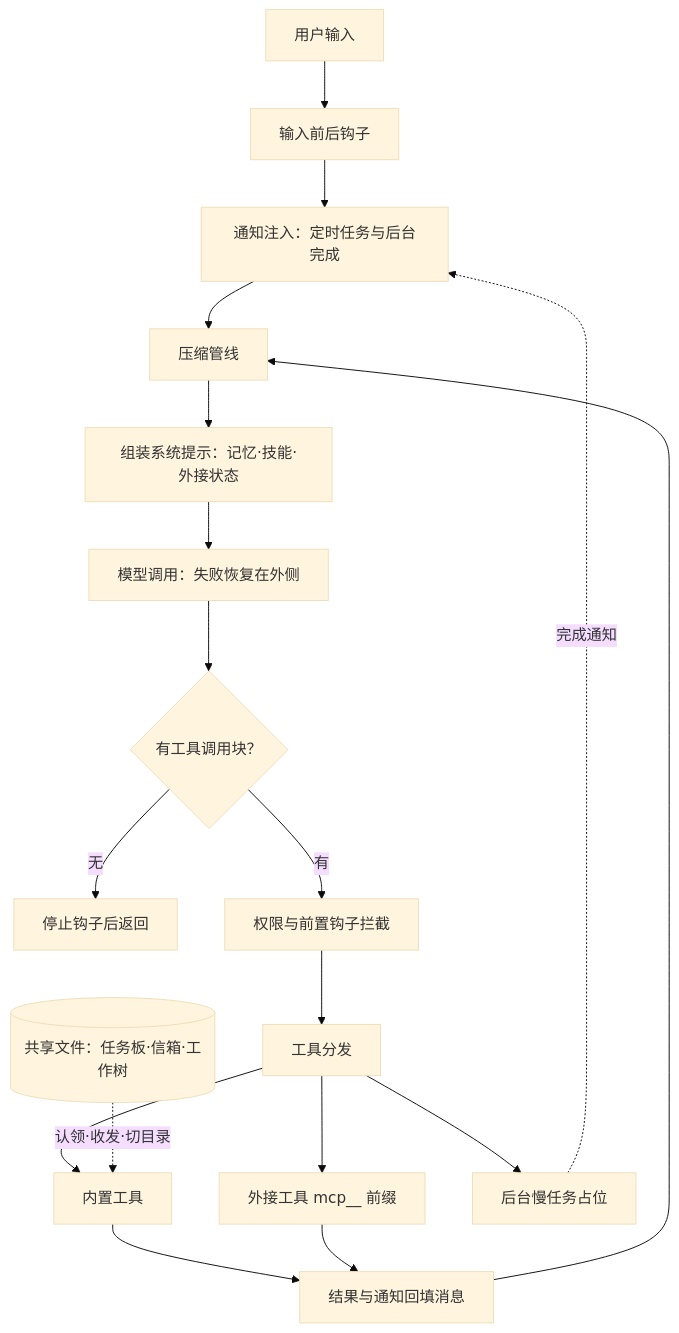
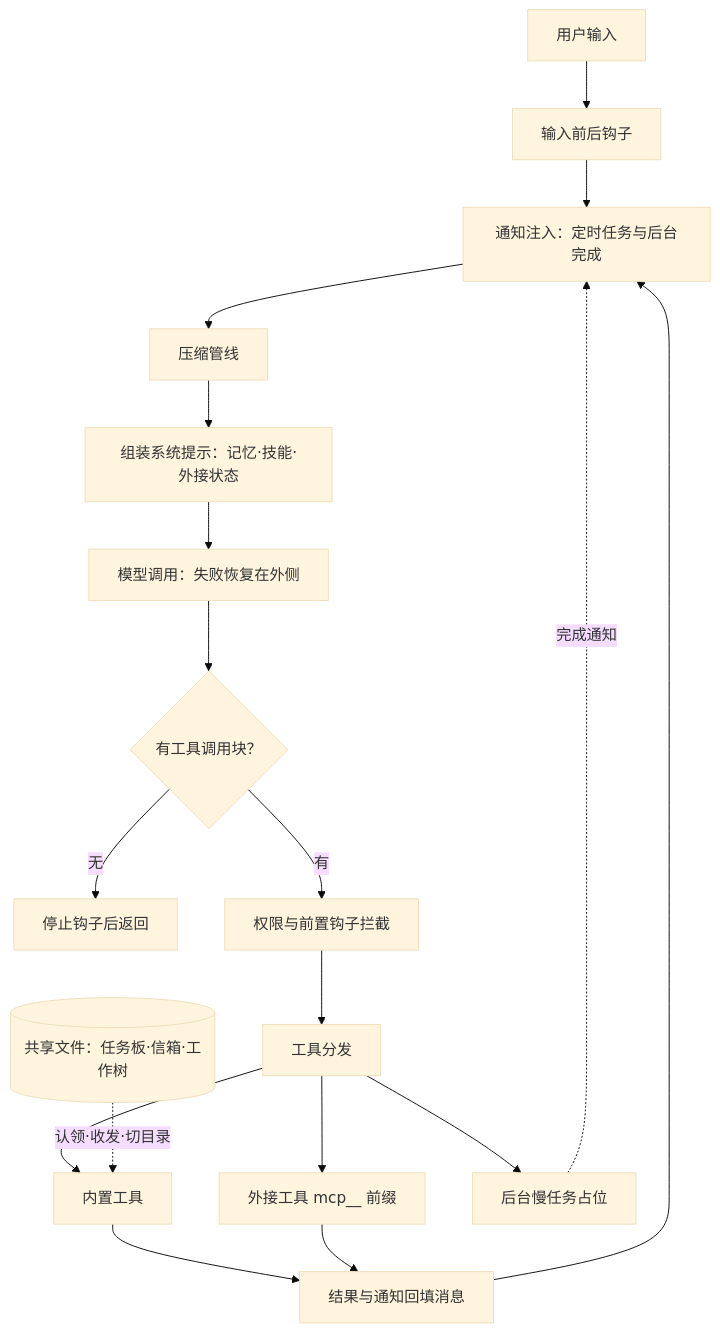
One commit to ThreeFish-AI/negentropy changed the diagram in docs/assets/mermaid/agent-harness/claude-code-multiagent--collab-panorama.mmd. Above: the diagram before and after it, drawn with Mermaid (base theme). The commit also changed 7 other files, not shown here.

First line of the commit message:
fix(multiagent-panorama): 全景图回填边改指「通知注入」，对齐每轮四道准备口径;

```diff
--- a/docs/assets/mermaid/agent-harness/claude-code-multiagent--collab-panorama.mmd
+++ b/docs/assets/mermaid/agent-harness/claude-code-multiagent--collab-panorama.mmd
@@ -1,22 +1,22 @@
 %% source: docs/research/agent-harness/175-claude-code-multi-agent-platform.md §2
 %% slug: claude-code-multiagent--collab-panorama
 %% type: workflow
 %% derived: docs/assets/architecture/agent-harness/claude-code-multiagent--collab-panorama.html
 flowchart TD
     U[用户输入] --> H[输入前后钩子]
     H --> W[通知注入：定时任务与后台完成]
     W --> C[压缩管线]
     C --> S[组装系统提示：记忆·技能·外接状态]
     S --> L[模型调用：失败恢复在外侧]
     L --> Q{有工具调用块？}
     Q -- 无 --> X[停止钩子后返回]
     Q -- 有 --> P[权限与前置钩子拦截]
     P --> D[工具分发]
     D --> T1[内置工具]
     D --> T2[外接工具 mcp__ 前缀]
     D --> T3[后台慢任务占位]
     T1 --> R[结果与通知回填消息]
     T2 --> R
     T3 -.完成通知.-> W
-    R --> C
+    R --> W
     F[(共享文件：任务板·信箱·工作树)] -.认领·收发·切目录.-> T1
```
